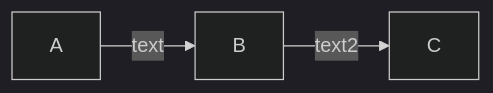
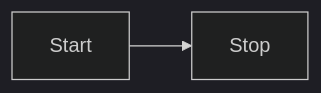
The second of 9 diagrams in src/md/mermaid.md (otoshimtoshi/knowledge), drawn with Mermaid (dark theme) before and after one commit. The commit also changed other lines of this file and 2 other files, not shown here.

Commit message:
mermaidの修正

```diff
--- a/src/md/mermaid.md
+++ b/src/md/mermaid.md
@@ -12,4 +30,4 @@
 <div class="mermaid">
 graph LR
-A -- text --> B -- text2 --> C
+    Start --> Stop
 </div>
```
